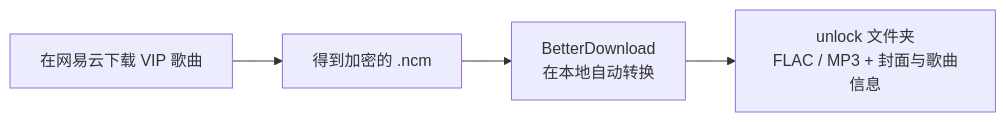
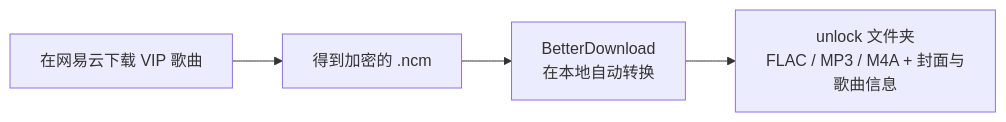
One commit to xiaoming6680/NCM-BetterDownload changed the diagram in README.md. Above: the diagram before and after it, drawn with Mermaid. The commit also changed other lines of this file and 25 other files, not shown here.

````diff
--- a/README.md
+++ b/README.md
@@ -26,6 +26,6 @@
 ```mermaid
 flowchart LR
     A["在网易云下载 VIP 歌曲"] --> B["得到加密的 .ncm"]
     B --> C["BetterDownload<br>在本地自动转换"]
-    C --> D["unlock 文件夹<br>FLAC / MP3 + 封面与歌曲信息"]
+    C --> D["unlock 文件夹<br>FLAC / MP3 / M4A + 封面与歌曲信息"]
 ```
````
